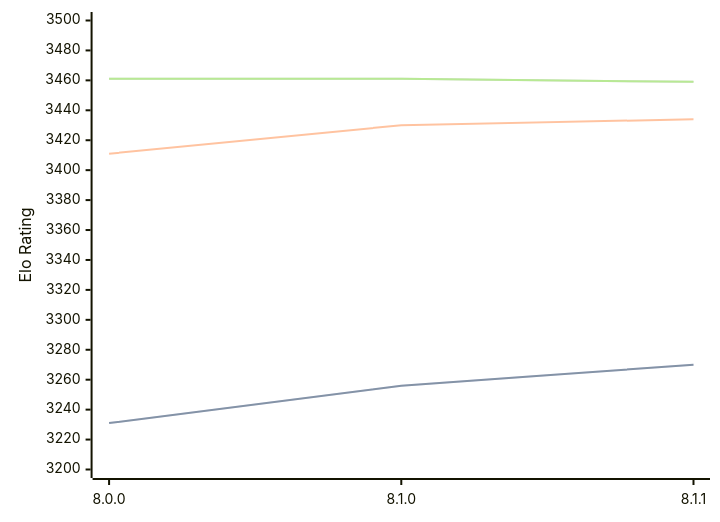
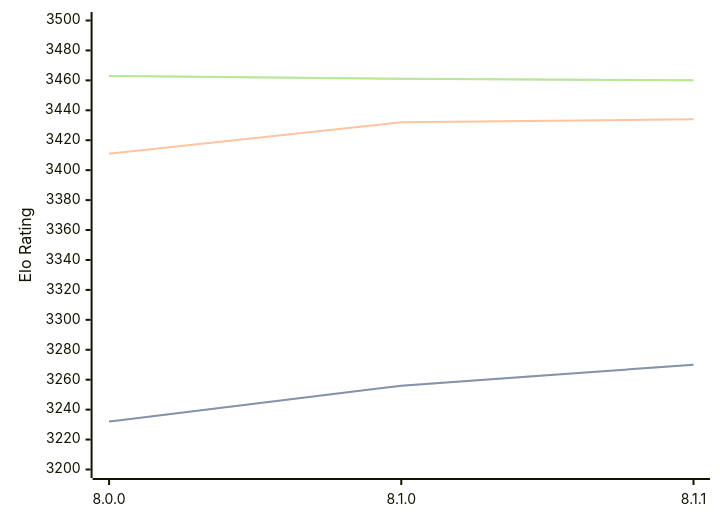
One commit to computer-chess-index/cci changed the third of 3 diagrams in engines/Velvet.md. Above: the diagram before and after it, drawn with Mermaid. The commit also changed other lines of this file, not shown here.

Commit message:
Update CCI Ratings (ELO VLTC) - 2026-07-14

````diff
--- a/engines/Velvet.md
+++ b/engines/Velvet.md
@@ -90,11 +90,11 @@
 ```mermaid
 %%{init: {"theme":"base","themeVariables":{"seriesColors:['#a3a3a3','#222221','#faa371']}}}%%
 xychart-beta
   x-axis ["8.0.0", "8.1.0", "8.1.1"]
   y-axis "Elo Rating" 3200 --> 3500
-  line "STC (8.0+0.08s)" [3231, 3256, 3270]
-  line "STC (8.0+0.08s)" [3231, 3256, 3270]
-  line "LTC (60.0+0.60s)" [3411, 3430, 3434]
-  line "VLTC (2m24s+1.12s)" [3461, 3461, 3459]
-  line "VLTC (2m24s+1.12s)" [3461, 3461, 3459]
+  line "STC (8.0+0.08s)" [3232, 3256, 3270]
+  line "STC (8.0+0.08s)" [3232, 3256, 3270]
+  line "LTC (60.0+0.60s)" [3411, 3432, 3434]
+  line "VLTC (2m24s+1.12s)" [3463, 3461, 3460]
+  line "VLTC (2m24s+1.12s)" [3463, 3461, 3460]
 ```
````
